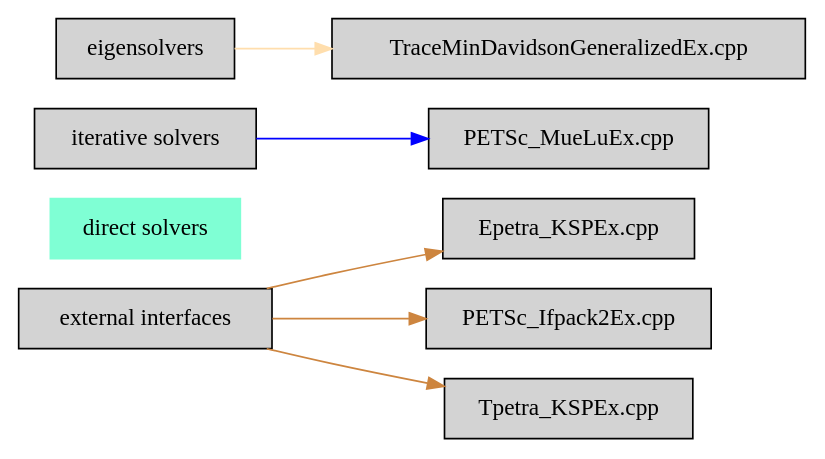
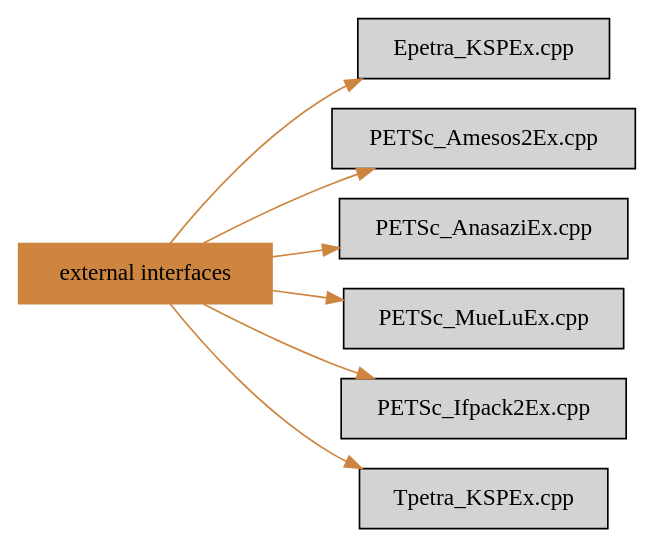
The diagram in markdown/category_external_interfaces.dot (duongdo27/TrilinosConceptMap), drawn with Graphviz before and after one commit. The commit also changed 12 other files, not shown here.

```diff
--- a/markdown/category_external_interfaces.dot
+++ b/markdown/category_external_interfaces.dot
@@ -1,12 +1,13 @@
 digraph bettersoftware {
             rankdir = LR;
             ratio = fill;
             node [style=filled];
             node [shape = box];
+"external interfaces" [colorscheme="svg" color="peru"];
 "external interfaces" ->  "Epetra_KSPEx.cpp" [colorscheme="svg" color="peru"];
-"direct solvers" [colorscheme="svg" color="aquamarine"];
+"external interfaces" ->  "PETSc_Amesos2Ex.cpp" [colorscheme="svg" color="peru"];
+"external interfaces" ->  "PETSc_AnasaziEx.cpp" [colorscheme="svg" color="peru"];
+"external interfaces" ->  "PETSc_MueLuEx.cpp" [colorscheme="svg" color="peru"];
 "external interfaces" ->  "PETSc_Ifpack2Ex.cpp" [colorscheme="svg" color="peru"];
-"iterative solvers" ->  "PETSc_MueLuEx.cpp" [colorscheme="svg" color="blue"];
 "external interfaces" ->  "Tpetra_KSPEx.cpp" [colorscheme="svg" color="peru"];
-"eigensolvers" ->  "TraceMinDavidsonGeneralizedEx.cpp" [colorscheme="svg" color="navajowhite"];
 }
```
